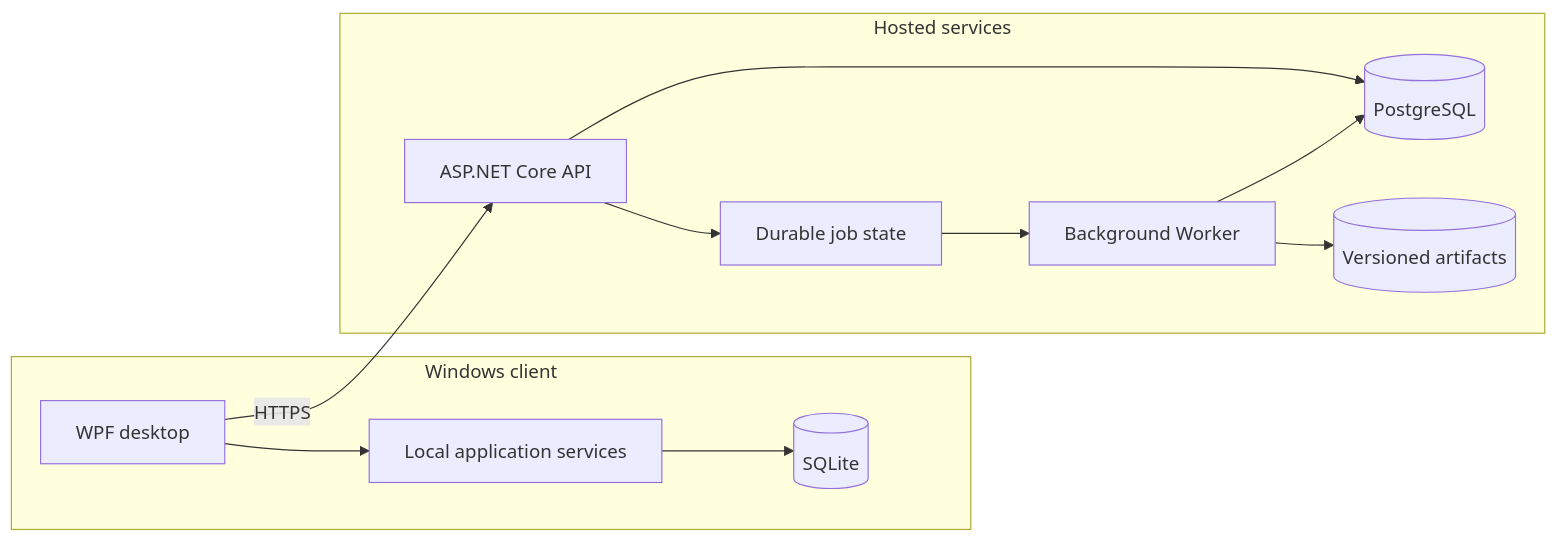
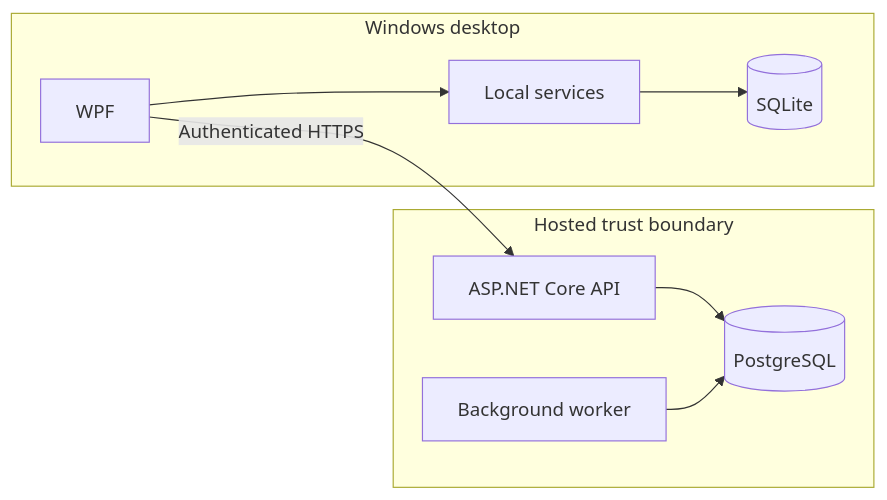
Before and after one commit to RacePal-Dev/RacePal-Showcase: the diagram in README.md, drawn with Mermaid. The commit also changed other lines of this file and 23 other files, not shown here.

````diff
--- a/README.md
+++ b/README.md
@@ -39,23 +44,17 @@
 ```mermaid
 flowchart LR
-    subgraph Client[Windows client]
-      UI[WPF desktop]
-      Local[Local application services]
-      SQLite[(SQLite)]
-      UI --> Local
-      Local --> SQLite
-    end
-    subgraph Hosted[Hosted services]
-      API[ASP.NET Core API]
-      Jobs[Durable job state]
-      Worker[Background Worker]
-      DB[(PostgreSQL)]
-      Artifacts[(Versioned artifacts)]
-      API --> Jobs
-      Jobs --> Worker
-      API --> DB
-      Worker --> DB
-      Worker --> Artifacts
-    end
-    UI -->|HTTPS| API
+  subgraph Windows["Windows desktop"]
+    UI["WPF"]
+    Local["Local services"]
+    SQLite[("SQLite")]
+    UI --> Local --> SQLite
+  end
+  subgraph Hosted["Hosted trust boundary"]
+    API["ASP.NET Core API"]
+    Worker["Background worker"]
+    Postgres[("PostgreSQL")]
+    API --> Postgres
+    Worker --> Postgres
+  end
+  UI -->|"Authenticated HTTPS"| API
 ```
````
